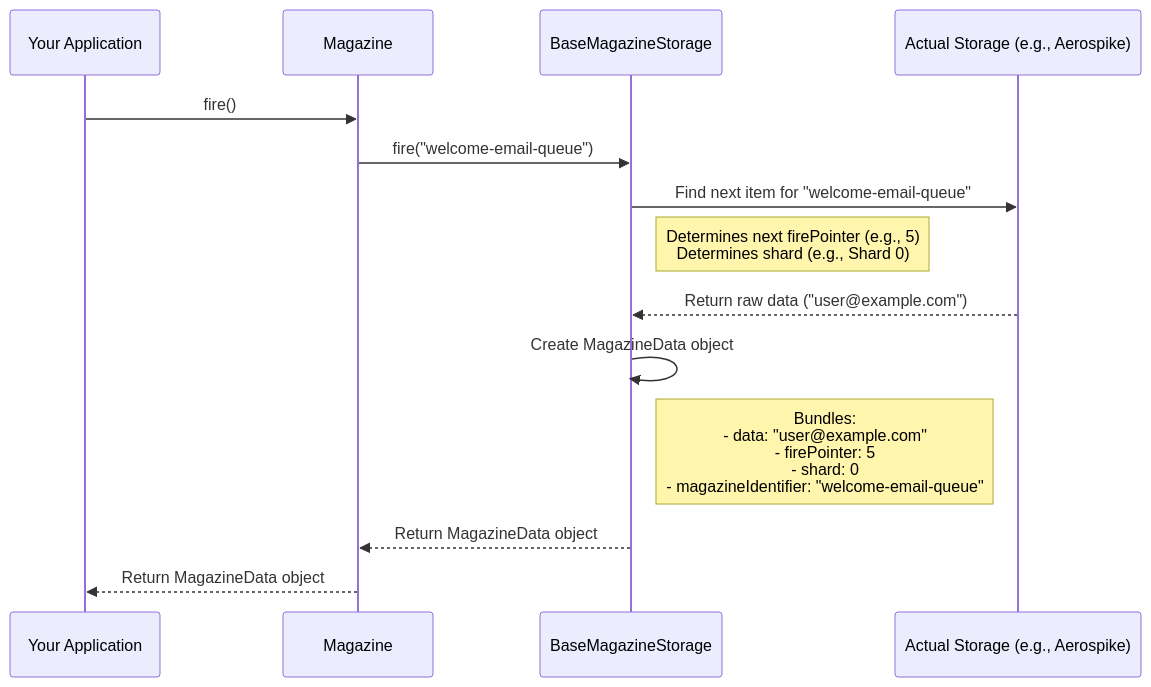
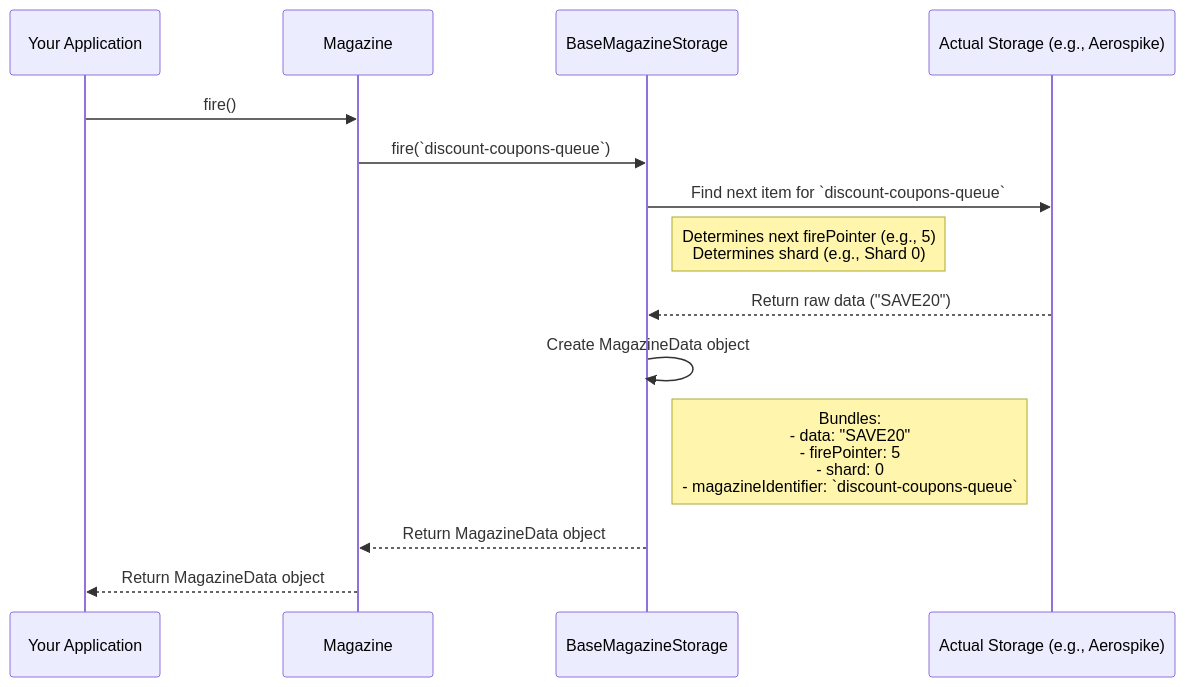
One commit to PhonePe/Magazine changed the diagram in tutorials/magazinedata.md. Above: the diagram before and after it, drawn with Mermaid. The commit also changed other lines of this file and 6 other files, not shown here.

````diff
--- a/tutorials/magazinedata.md
+++ b/tutorials/magazinedata.md
@@ -104,17 +103,17 @@
 ```mermaid
 sequenceDiagram
     participant App as Your Application
     participant Mag as Magazine
     participant Storage as BaseMagazineStorage
     participant DataStore as Actual Storage (e.g., Aerospike)
 
     App ->> Mag: fire()
-    Mag ->> Storage: fire("welcome-email-queue")
-    Storage ->> DataStore: Find next item for "welcome-email-queue"
+    Mag ->> Storage: fire(`discount-coupons-queue`)
+    Storage ->> DataStore: Find next item for `discount-coupons-queue`
     Note right of Storage: Determines next firePointer (e.g., 5)<br/>Determines shard (e.g., Shard 0)
-    DataStore -->> Storage: Return raw data ("user@example.com")
+    DataStore -->> Storage: Return raw data ("SAVE20")
     Storage ->> Storage: Create MagazineData object
-    Note right of Storage: Bundles:<br/>- data: "user@example.com"<br/>- firePointer: 5<br/>- shard: 0<br/>- magazineIdentifier: "welcome-email-queue"
+    Note right of Storage: Bundles:<br/>- data: "SAVE20"<br/>- firePointer: 5<br/>- shard: 0<br/>- magazineIdentifier: `discount-coupons-queue`
     Storage -->> Mag: Return MagazineData object
     Mag -->> App: Return MagazineData object
 ```
````
